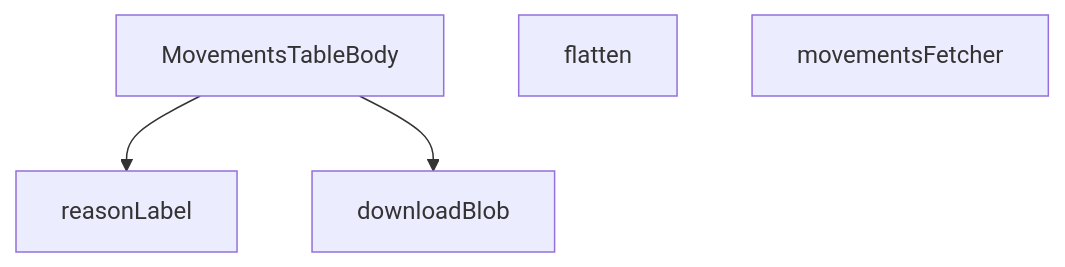
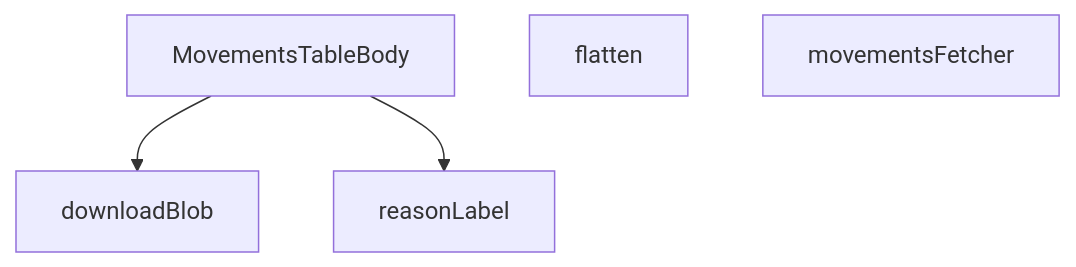
One commit to peckop/venthub-hvac-esite changed the diagram in src/views/admin/MovementsTableBody.md. Above: the diagram before and after it, drawn with Mermaid. The commit also changed other lines of this file and 105 other files, not shown here.

````diff
--- a/src/views/admin/MovementsTableBody.md
+++ b/src/views/admin/MovementsTableBody.md
@@ -333,10 +333,10 @@
 ```mermaid
 graph TD
     MovementsTableBody_tsx__MovementsTableBody["MovementsTableBody"]
     MovementsTableBody_tsx__downloadBlob["downloadBlob"]
     MovementsTableBody_tsx__flatten["flatten"]
     MovementsTableBody_tsx__movementsFetcher["movementsFetcher"]
     MovementsTableBody_tsx__reasonLabel["reasonLabel"]
+    MovementsTableBody_tsx__MovementsTableBody --> MovementsTableBody_tsx__downloadBlob
     MovementsTableBody_tsx__MovementsTableBody --> MovementsTableBody_tsx__reasonLabel
-    MovementsTableBody_tsx__MovementsTableBody --> MovementsTableBody_tsx__downloadBlob
 ```
````
